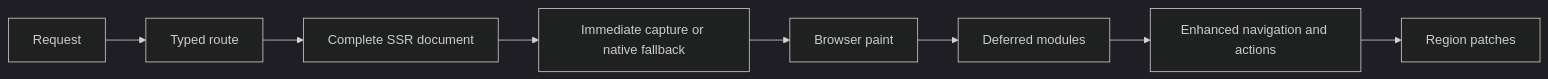
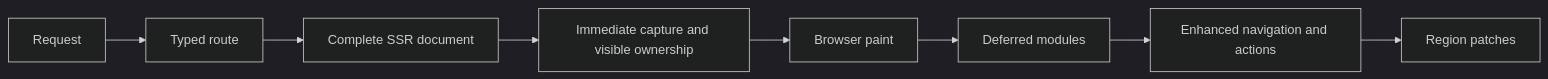
The diagram in README.md (gorban/haskell-web-api), drawn with Mermaid (dark theme) before and after one commit. The commit also changed other lines of this file and 14 other files, not shown here.

````diff
--- a/README.md
+++ b/README.md
@@ -20,10 +20,10 @@
 ```mermaid
 flowchart LR
   request[Request] --> route[Typed route]
   route --> ssr[Complete SSR document]
-  ssr --> capture[Immediate capture or native fallback]
+  ssr --> capture[Immediate capture and visible ownership]
   capture --> paint[Browser paint]
   paint --> modules[Deferred modules]
   modules --> behavior[Enhanced navigation and actions]
   behavior --> patches[Region patches]
 ```
````
